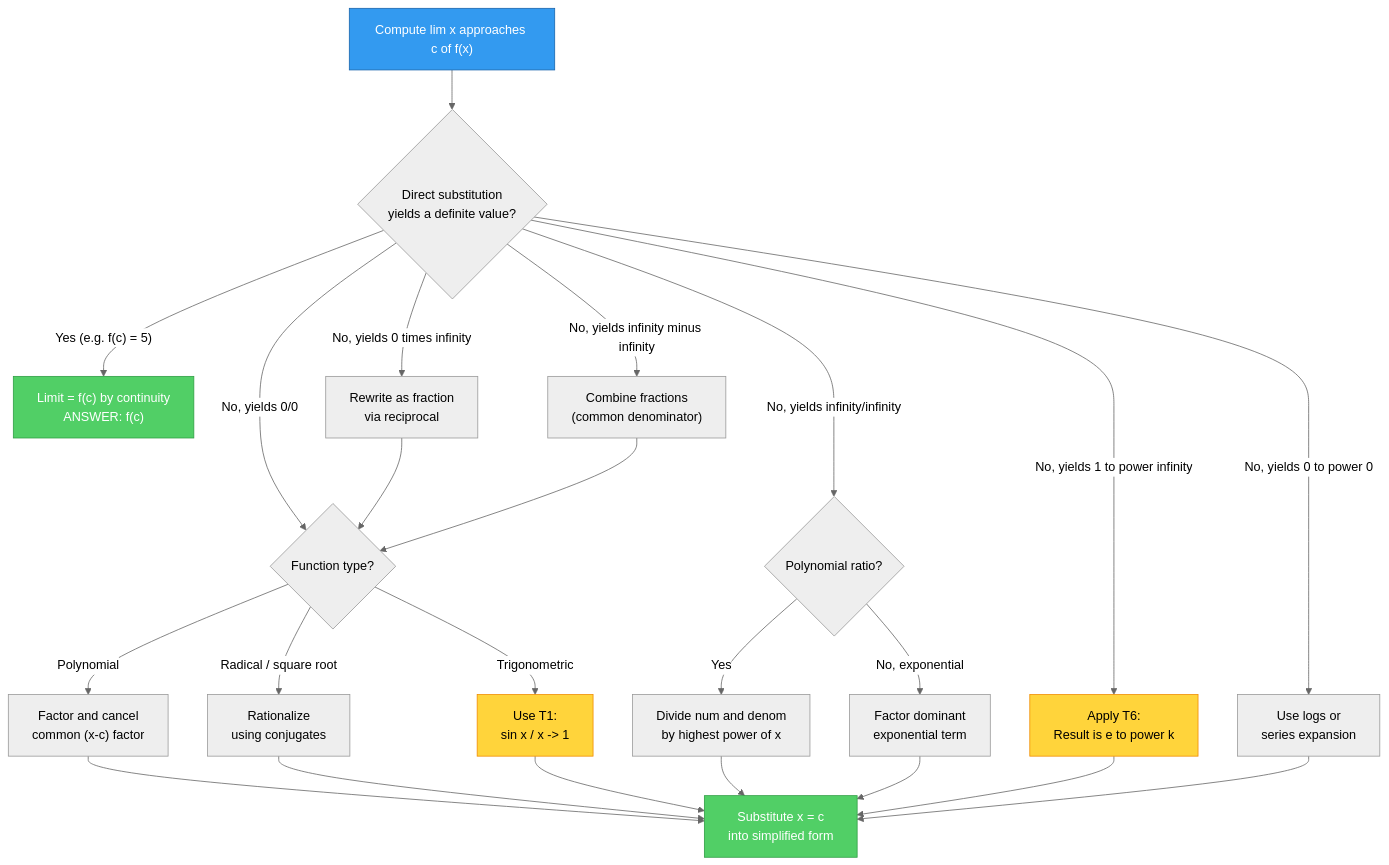
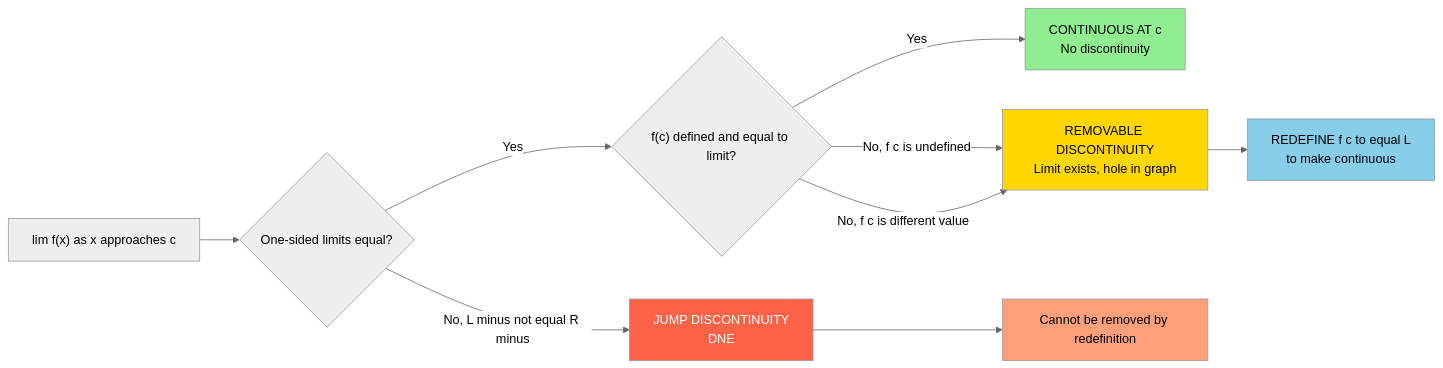
One commit to vishnuu-kr/ktunode changed the second of 4 diagrams in public/notes/computer-science-and-engineering/semester-1/gamat101-mathematics-for-information-science-1/01-module-1-limits-of-function-values/limits-of-function-values/notes.md. Above: the diagram before and after it, drawn with Mermaid (neutral theme). The commit also changed other lines of this file and 4829 other files, not shown here.

````diff
--- a/public/notes/computer-science-and-engineering/semester-1/gamat101-mathematics-for-information-science-1/01-module-1-limits-of-function-values/limits-of-function-values/notes.md
+++ b/public/notes/computer-science-and-engineering/semester-1/gamat101-mathematics-for-information-science-1/01-module-1-limits-of-function-values/limits-of-function-values/notes.md
@@ -481,35 +463,20 @@
 ```mermaid
-flowchart TD
-    START["Compute lim x approaches c of f(x)"] --> Q1{"Direct substitution\nyields a definite value?"}
-    
-    Q1 -->|"Yes (e.g. f(c) = 5)"| DONE1["Limit = f(c) by continuity\nANSWER: f(c)"]
-    Q1 -->|"No, yields 0/0"| Q2{"Function type?"}
-    Q1 -->|"No, yields infinity/infinity"| Q3{"Polynomial ratio?"}
-    Q1 -->|"No, yields 0 times infinity"| CONVERT["Rewrite as fraction\nvia reciprocal"]
-    Q1 -->|"No, yields infinity minus infinity"| COMBINE["Combine fractions\n(common denominator)"]
-    Q1 -->|"No, yields 1 to power infinity"| T6["Apply T6:\nResult is e to power k"]
-    Q1 -->|"No, yields 0 to power 0"| ANALYZE0["Use logs or\nseries expansion"]
-    
-    Q2 -->|"Polynomial"| FACTOR["Factor and cancel\ncommon (x-c) factor"]
-    Q2 -->|"Radical / square root"| RAT["Rationalize\nusing conjugates"]
-    Q2 -->|"Trigonometric"| T1["Use T1:\nsin x / x -> 1"]
-    
-    Q3 -->|"Yes"| DIVIDE["Divide num and denom\nby highest power of x"]
-    Q3 -->|"No, exponential"| DOM["Factor dominant\nexponential term"]
-    
-    FACTOR --> FINAL["Substitute x = c\ninto simplified form"]
-    RAT --> FINAL
-    T1 --> FINAL
-    DIVIDE --> FINAL
-    DOM --> FINAL
-    CONVERT --> Q2
-    COMBINE --> Q2
-    T6 --> FINAL
-    ANALYZE0 --> FINAL
-    
-    style START fill:#339af0,stroke:#1864ab,color:#ffffff
-    style DONE1 fill:#51cf66,stroke:#2f9e44,color:#ffffff
-    style FINAL fill:#51cf66,stroke:#2f9e44,color:#ffffff
-    style T1 fill:#ffd43b,stroke:#f08c00
-    style T6 fill:#ffd43b,stroke:#f08c00
+flowchart LR
+    input["lim f(x) as x approaches c"] --> check{"One-sided limits equal?"}
+
+    check -- "Yes" --> check2{"f(c) defined and equal to limit?"}
+    check -- "No, L minus not equal R minus" --> jump["JUMP DISCONTINUITY<br/>DNE"]
+
+    check2 -- "Yes" --> cont["CONTINUOUS AT c<br/>No discontinuity"]
+    check2 -- "No, f c is undefined" --> rem["REMOVABLE DISCONTINUITY<br/>Limit exists, hole in graph"]
+    check2 -- "No, f c is different value" --> rem
+
+    rem --> fix["REDEFINE f c to equal L<br/>to make continuous"]
+    jump --> fix2["Cannot be removed by redefinition"]
+
+    style cont fill:#90EE90,color:#000
+    style rem fill:#FFD700,color:#000
+    style jump fill:#FF6347,color:#FFF
+    style fix fill:#87CEEB,color:#000
+    style fix2 fill:#FFA07A,color:#000
 ```
````
